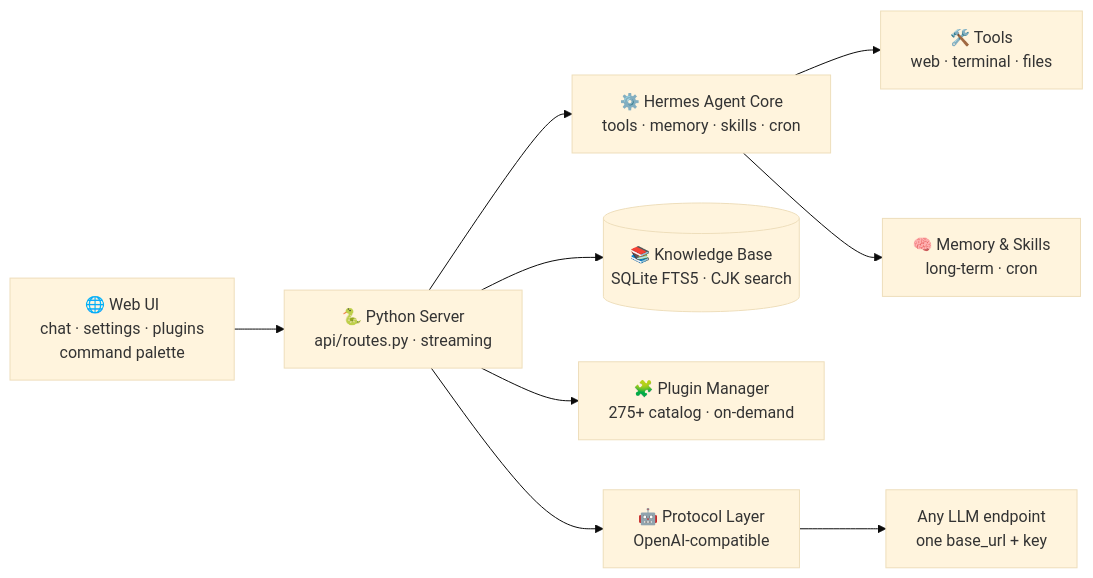
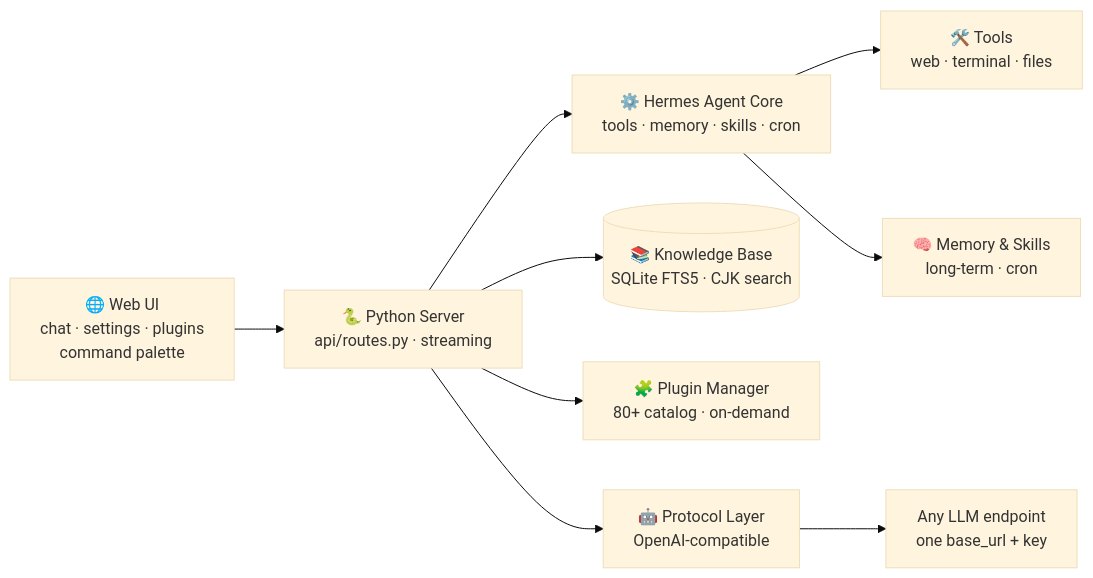
Before and after one commit to Morningstar202604/iris: the diagram in README.md, drawn with Mermaid (base theme). The commit also changed other lines of this file and 8 other files, not shown here.

````diff
--- a/README.md
+++ b/README.md
@@ -103,11 +103,11 @@
 ```mermaid
 flowchart LR
     U["🌐 Web UI<br/>chat · settings · plugins<br/>command palette"] --> S["🐍 Python Server<br/>api/routes.py · streaming"]
     S --> A["⚙️ Hermes Agent Core<br/>tools · memory · skills · cron"]
     S --> KB[("📚 Knowledge Base<br/>SQLite FTS5 · CJK search")]
-    S --> PM["🧩 Plugin Manager<br/>275+ catalog · on-demand"]
+    S --> PM["🧩 Plugin Manager<br/>80+ catalog · on-demand"]
     S --> PL["🤖 Protocol Layer<br/>OpenAI-compatible"]
     PL --> M["Any LLM endpoint<br/>one base_url + key"]
     A --> T1["🛠️ Tools<br/>web · terminal · files"]
     A --> T2["🧠 Memory & Skills<br/>long-term · cron"]
 ```
````
